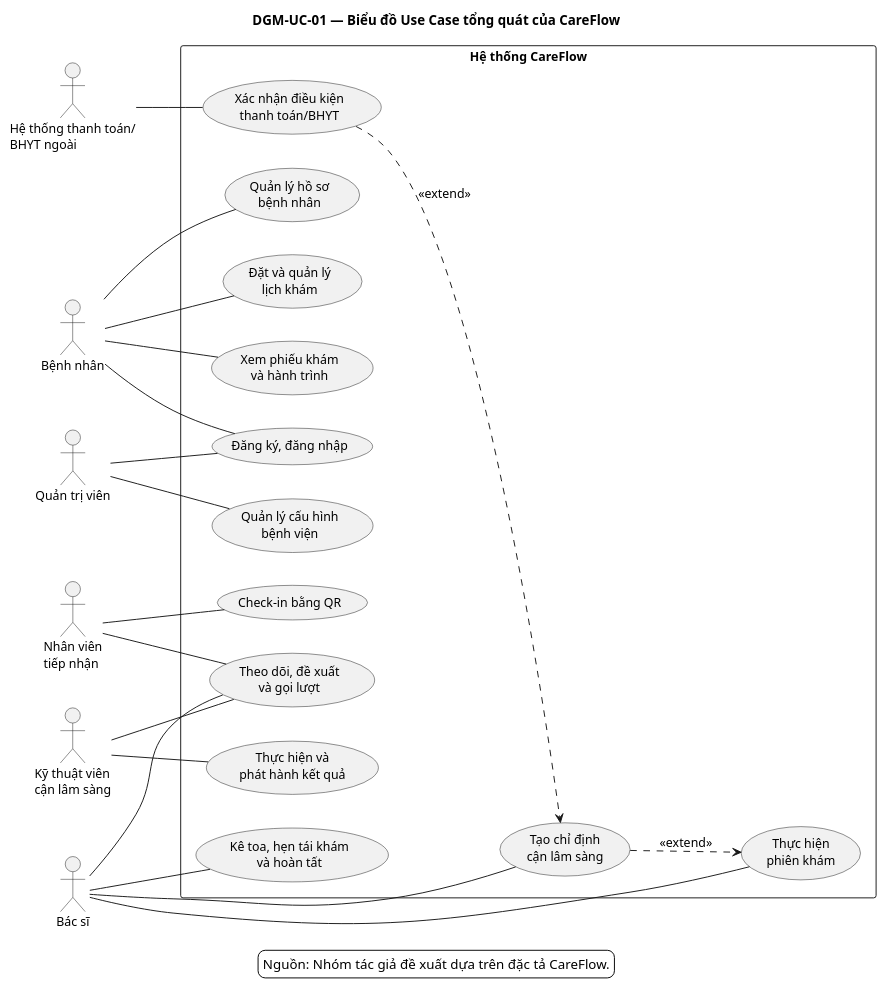
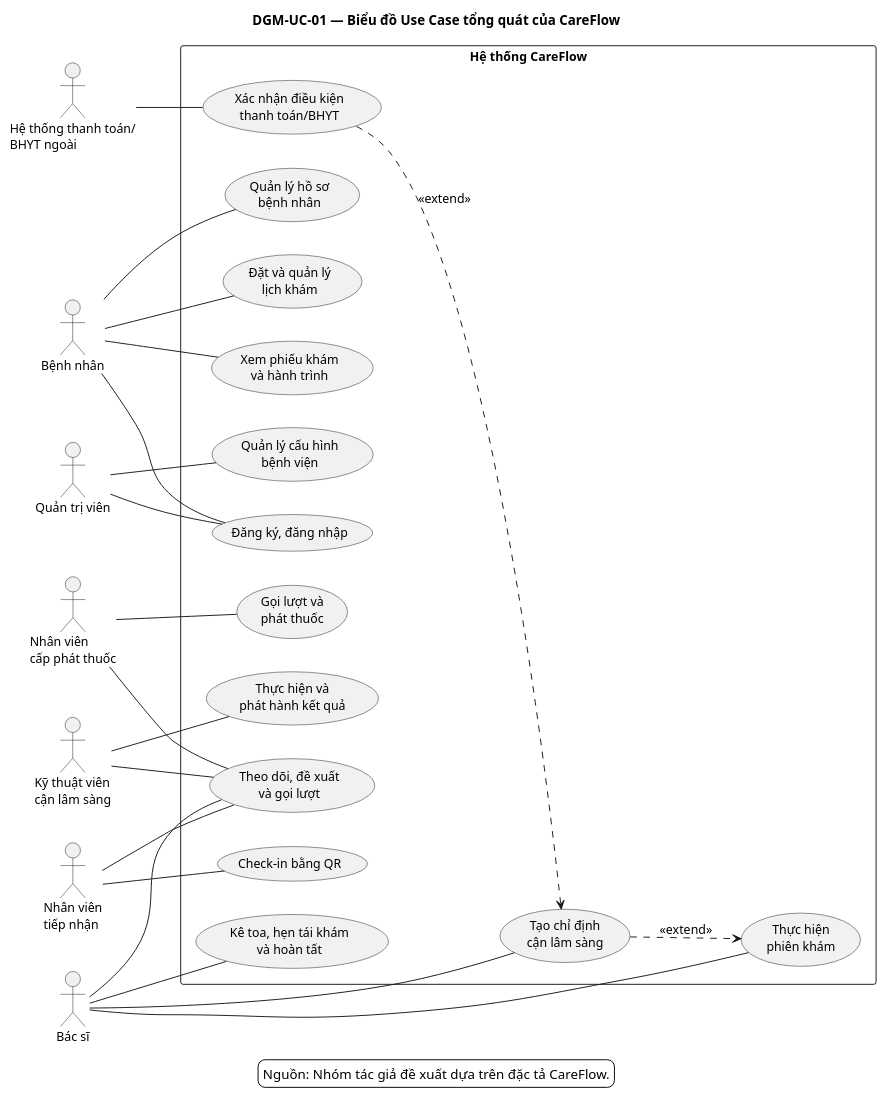
Before and after one commit to ntkhai268/careflow: the diagram in docs/report/chapter-03/diagrams/use-case/dgm-uc-01-overall.puml, drawn with PlantUML. The commit also changed 18 other files, not shown here.

Commit message:
docs: refine queue types and pharmacy dispensing flow

```diff
--- a/docs/report/chapter-03/diagrams/use-case/dgm-uc-01-overall.puml
+++ b/docs/report/chapter-03/diagrams/use-case/dgm-uc-01-overall.puml
@@ -1,59 +1,64 @@
 @startuml
 title DGM-UC-01 — Biểu đồ Use Case tổng quát của CareFlow
 
 left to right direction
 skinparam backgroundColor white
 skinparam shadowing false
 skinparam defaultFontName Arial
 skinparam defaultFontSize 13
 skinparam packageStyle rectangle
 
 actor "Bệnh nhân" as Patient
 actor "Bác sĩ" as Doctor
 actor "Nhân viên\ntiếp nhận" as Reception
 actor "Kỹ thuật viên\ncận lâm sàng" as LabTech
+actor "Nhân viên\ncấp phát thuốc" as PharmacyStaff
 actor "Quản trị viên" as Admin
 actor "Hệ thống thanh toán/\nBHYT ngoài" as Payment
 
 rectangle "Hệ thống CareFlow" {
   usecase "Đăng ký, đăng nhập" as UCAuth
   usecase "Quản lý hồ sơ\nbệnh nhân" as UCProfile
   usecase "Đặt và quản lý\nlịch khám" as UCAppointment
   usecase "Xem phiếu khám\nvà hành trình" as UCJourney
   usecase "Check-in bằng QR" as UCCheckIn
   usecase "Theo dõi, đề xuất\nvà gọi lượt" as UCQueue
   usecase "Thực hiện\nphiên khám" as UCConsultation
   usecase "Tạo chỉ định\ncận lâm sàng" as UCOrder
   usecase "Thực hiện và\nphát hành kết quả" as UCResult
   usecase "Kê toa, hẹn tái khám\nvà hoàn tất" as UCPrescription
+  usecase "Gọi lượt và\nphát thuốc" as UCDispense
   usecase "Quản lý cấu hình\nbệnh viện" as UCConfig
   usecase "Xác nhận điều kiện\nthanh toán/BHYT" as UCPayment
 }
 
 Patient -- UCAuth
 Patient -- UCProfile
 Patient -- UCAppointment
 Patient -- UCJourney
 
 Reception -- UCCheckIn
 Reception -- UCQueue
 
 Doctor -- UCQueue
 Doctor -- UCConsultation
 Doctor -- UCOrder
 Doctor -- UCPrescription
 
 LabTech -- UCQueue
 LabTech -- UCResult
 
+PharmacyStaff -- UCQueue
+PharmacyStaff -- UCDispense
+
 Admin -- UCAuth
 Admin -- UCConfig
 
 Payment -- UCPayment
 UCPayment ..> UCOrder : <<extend>>
 UCOrder ..> UCConsultation : <<extend>>
 
 legend bottom
   Nguồn: Nhóm tác giả đề xuất dựa trên đặc tả CareFlow.
 endlegend
 @enduml
```
